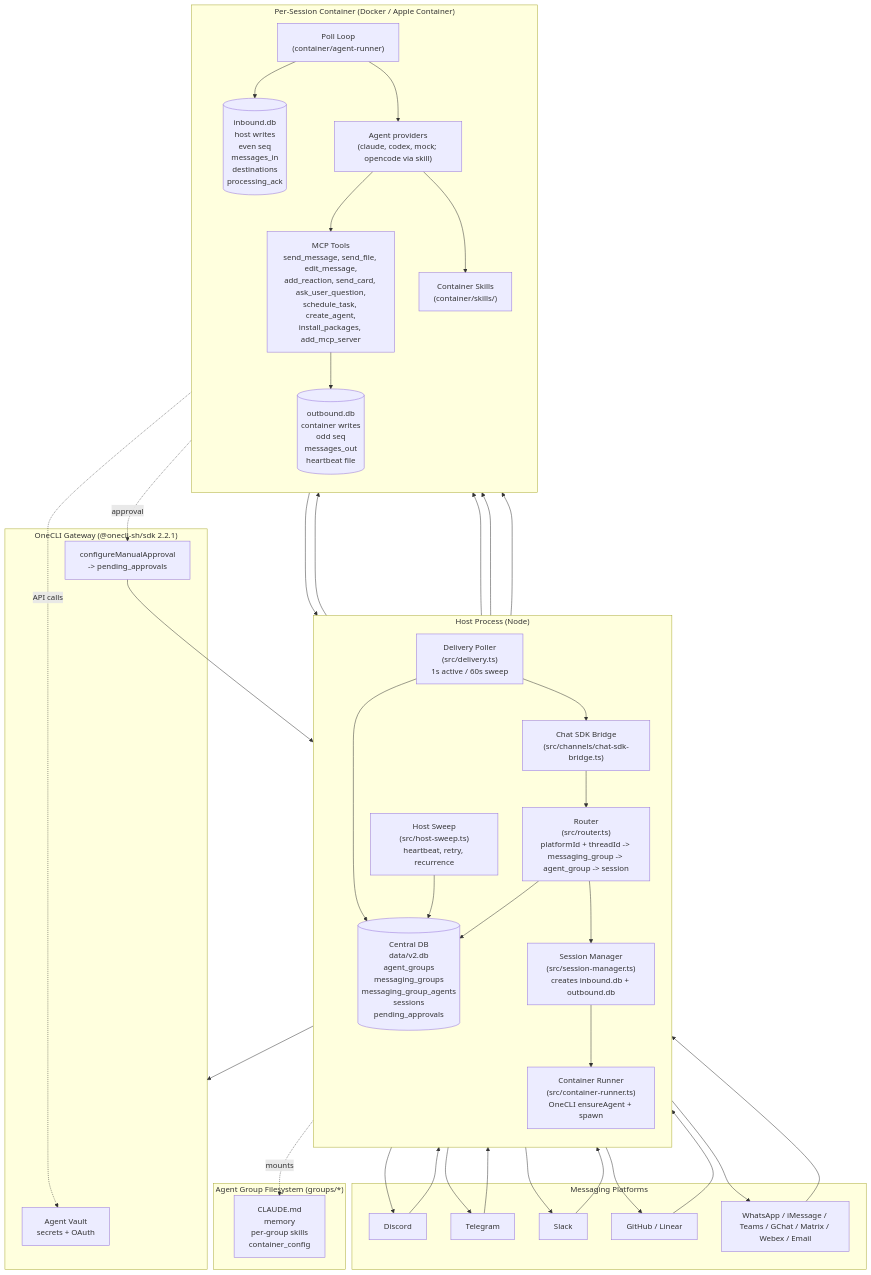
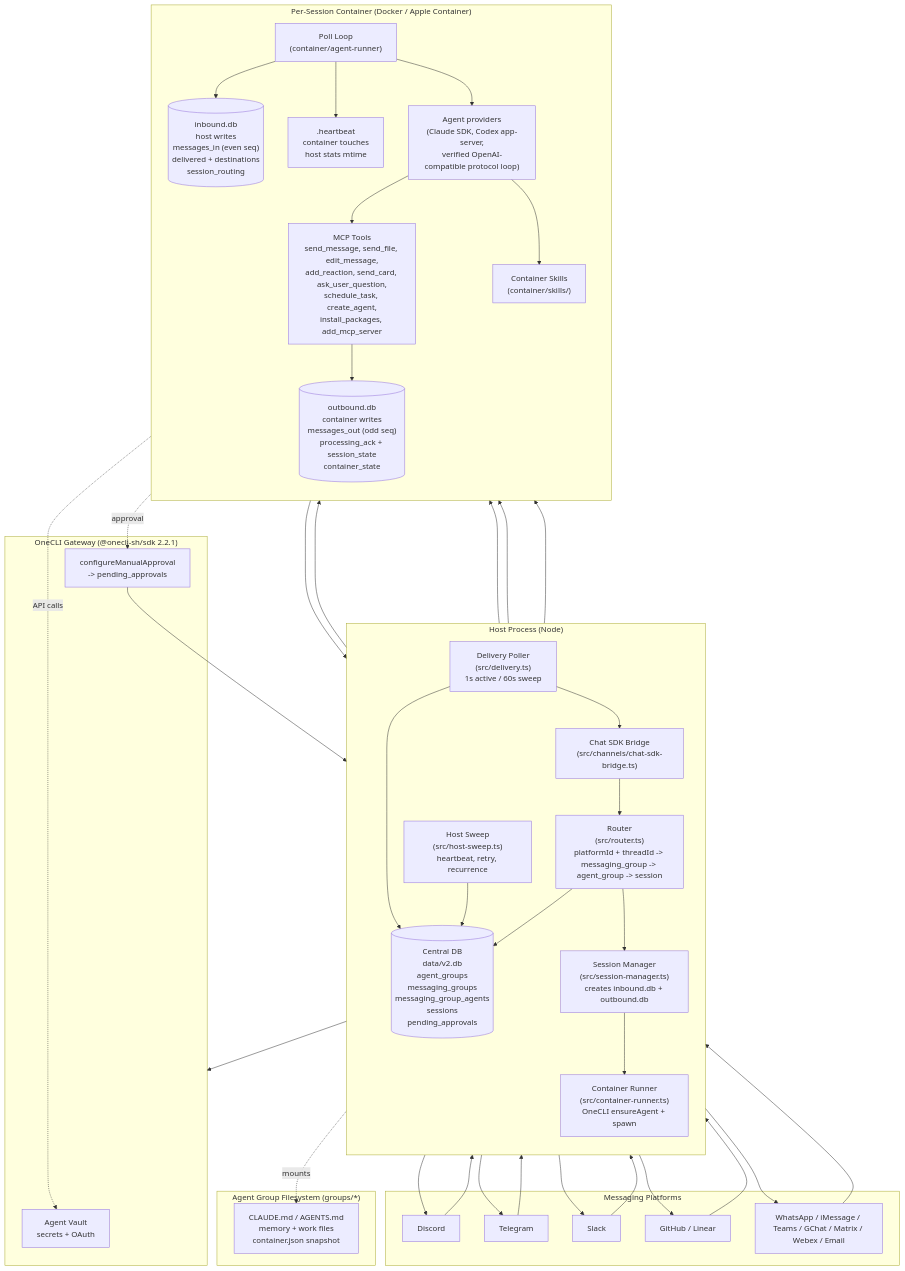
Before and after one commit to albanleandri/nanoclaw: the first of 5 diagrams in docs/architecture-diagram.md, drawn with Mermaid. The commit also changed other lines of this file and 16 other files, not shown here.

````diff
--- a/docs/architecture-diagram.md
+++ b/docs/architecture-diagram.md
@@ -5,65 +5,67 @@
 ```mermaid
 flowchart TB
   subgraph Platforms["Messaging Platforms"]
     P1[Discord]
     P2[Telegram]
     P3[Slack]
     P4[GitHub / Linear]
     P5[WhatsApp / iMessage / Teams / GChat / Matrix / Webex / Email]
   end
 
   subgraph Host["Host Process (Node)"]
     direction TB
     Bridge["Chat SDK Bridge<br/>(src/channels/chat-sdk-bridge.ts)"]
     Router["Router<br/>(src/router.ts)<br/>platformId + threadId -> messaging_group -> agent_group -> session"]
     SessMgr["Session Manager<br/>(src/session-manager.ts)<br/>creates inbound.db + outbound.db"]
     Runner["Container Runner<br/>(src/container-runner.ts)<br/>OneCLI ensureAgent + spawn"]
     Delivery["Delivery Poller<br/>(src/delivery.ts)<br/>1s active / 60s sweep"]
     Sweep["Host Sweep<br/>(src/host-sweep.ts)<br/>heartbeat, retry, recurrence"]
     Central[("Central DB<br/>data/v2.db<br/>agent_groups<br/>messaging_groups<br/>messaging_group_agents<br/>sessions<br/>pending_approvals")]
   end
 
   subgraph OneCLI["OneCLI Gateway (@onecli-sh/sdk 2.2.1)"]
     Vault["Agent Vault<br/>secrets + OAuth"]
     Approvals["configureManualApproval<br/>-> pending_approvals"]
   end
 
   subgraph Session["Per-Session Container (Docker / Apple Container)"]
     direction TB
     PollLoop["Poll Loop<br/>(container/agent-runner)"]
-    Provider["Agent providers<br/>(claude, codex, mock; opencode via skill)"]
+    Provider["Agent providers<br/>(Claude SDK, Codex app-server,<br/>verified OpenAI-compatible protocol loop)"]
     MCP["MCP Tools<br/>send_message, send_file, edit_message,<br/>add_reaction, send_card, ask_user_question,<br/>schedule_task, create_agent,<br/>install_packages, add_mcp_server"]
     Skills["Container Skills<br/>(container/skills/)"]
-    InDB[("inbound.db<br/>host writes<br/>even seq<br/>messages_in<br/>destinations<br/>processing_ack")]
-    OutDB[("outbound.db<br/>container writes<br/>odd seq<br/>messages_out<br/>heartbeat file")]
+    InDB[("inbound.db<br/>host writes<br/>messages_in (even seq)<br/>delivered + destinations<br/>session_routing")]
+    OutDB[("outbound.db<br/>container writes<br/>messages_out (odd seq)<br/>processing_ack + session_state<br/>container_state")]
+    Heartbeat[".heartbeat<br/>container touches<br/>host stats mtime"]
   end
 
   subgraph Groups["Agent Group Filesystem (groups/*)"]
-    Folder["CLAUDE.md<br/>memory<br/>per-group skills<br/>container_config"]
+    Folder["CLAUDE.md / AGENTS.md<br/>memory + work files<br/>container.json snapshot"]
   end
 
   P1 & P2 & P3 & P4 & P5 --> Bridge
   Bridge --> Router
   Router --> Central
   Router --> SessMgr
   SessMgr --> InDB
   SessMgr --> Runner
   Runner --> OneCLI
   Runner --> PollLoop
   PollLoop --> InDB
+  PollLoop --> Heartbeat
   PollLoop --> Provider
   Provider --> MCP
   Provider --> Skills
   MCP --> OutDB
   OutDB --> Delivery
   Delivery --> Central
   Delivery --> Bridge
   Bridge --> P1 & P2 & P3 & P4 & P5
   Sweep --> InDB
   Sweep --> OutDB
   Sweep --> Central
   Runner -.mounts.-> Folder
   MCP -.approval.-> Approvals
   Approvals --> Central
   Provider -.API calls.-> Vault
 ```
````
